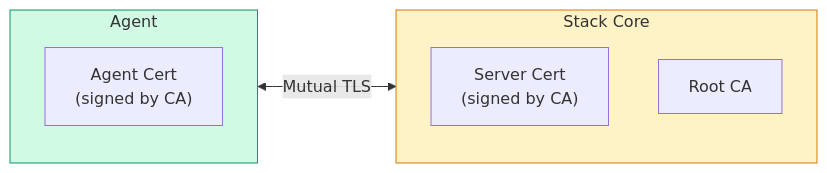
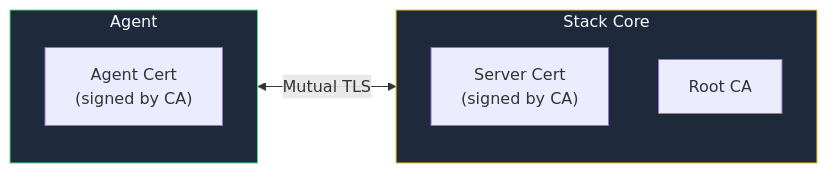
The second of 2 diagrams in stack/agents.mdx (KombiverseLabs/docs), drawn with Mermaid before and after one commit. The commit also changed 33 other files, not shown here.

````diff
--- a/stack/agents.mdx
+++ b/stack/agents.mdx
@@ -70,16 +70,16 @@
 ```mermaid
 graph LR
     subgraph Agent["Agent"]
         AC["Agent Cert<br/>(signed by CA)"]
     end
     
     subgraph Core["Stack Core"]
         SC["Server Cert<br/>(signed by CA)"]
         CA["Root CA"]
     end
     
     Agent <-->|Mutual TLS| Core
     
-    style Agent fill:#d1fae5,stroke:#059669
-    style Core fill:#fef3c7,stroke:#d97706
+    style Agent fill:#1e293b,stroke:#4ade80,color:#f8fafc
+    style Core fill:#1e293b,stroke:#fbbf24,color:#f8fafc
 ```
````
